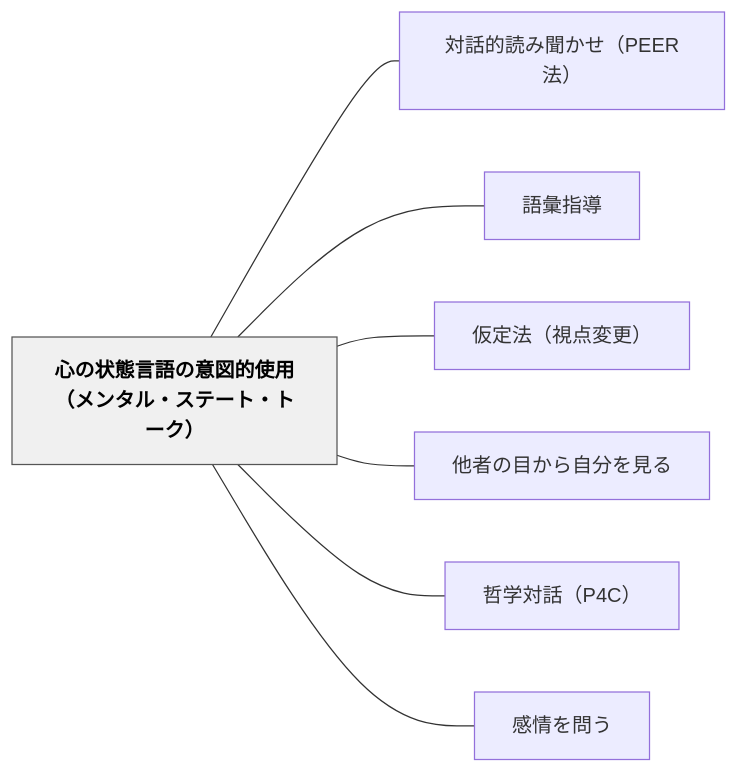
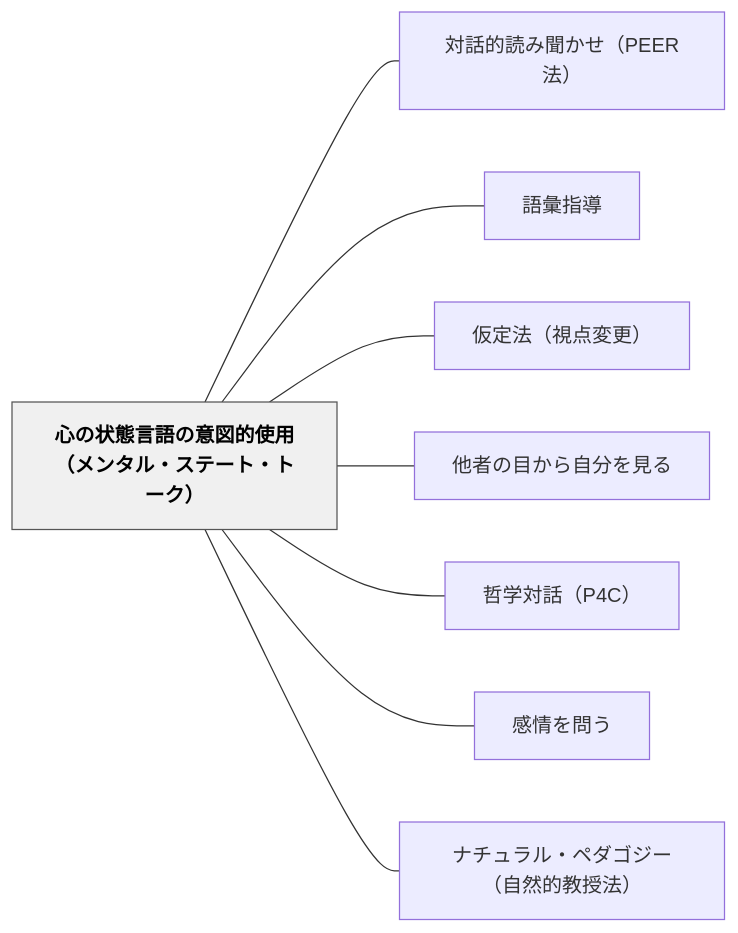
The diagram in content/パタン/心の状態言語の意図的使用（メンタル・ステート・トーク）.md (unknownthings-ed-patterns/unknownthings-ed-patterns), drawn with Mermaid before and after one commit. The commit also changed other lines of this file and 5 other files, not shown here.

````diff
--- a/content/パタン/心の状態言語の意図的使用（メンタル・ステート・トーク）.md
+++ b/content/パタン/心の状態言語の意図的使用（メンタル・ステート・トーク）.md
@@ -113,20 +124,22 @@
 ```mermaid
 flowchart LR
     ne5bf83e381aee78ab6e6858be8a880e8aa9ee381aee6848fe59bb3e79a84e4bdbfe794a8efbc88e383a1e383b3e382bfe383abe383bbe382b9e38386e383bce38388e383bbe38388e383bce382afefbc89["心の状態言語の意図的使用（メンタル・ステート・トーク）"]
     ne5afbee8a9b1e79a84e8aaade381bfe8819ee3818be3819befbc8850454552e6b395efbc89["対話的読み聞かせ（PEER法）"]
     ne8aa9ee5bd99e68c87e5b08e["語彙指導"]
     ne4bbaee5ae9ae6b395efbc88e8a696e782b9e5a489e69bb4efbc89["仮定法（視点変更）"]
     ne4bb96e88085e381aee79baee3818be38289e887aae58886e38292e8a68be3828b["他者の目から自分を見る"]
     ne593b2e5ada6e5afbee8a9b1efbc88503443efbc89["哲学対話（P4C）"]
     ne6849fe68385e38292e5958fe38186["感情を問う"]
+    ne3838ae38381e383a5e383a9e383abe383bbe3839ae38380e382b4e382b8e383bcefbc88e887aae784b6e79a84e69599e68e88e6b395efbc89["ナチュラル・ペダゴジー（自然的教授法）"]
 
     ne5bf83e381aee78ab6e6858be8a880e8aa9ee381aee6848fe59bb3e79a84e4bdbfe794a8efbc88e383a1e383b3e382bfe383abe383bbe382b9e38386e383bce38388e383bbe38388e383bce382afefbc89 --- ne5afbee8a9b1e79a84e8aaade381bfe8819ee3818be3819befbc8850454552e6b395efbc89
     ne5bf83e381aee78ab6e6858be8a880e8aa9ee381aee6848fe59bb3e79a84e4bdbfe794a8efbc88e383a1e383b3e382bfe383abe383bbe382b9e38386e383bce38388e383bbe38388e383bce382afefbc89 --- ne8aa9ee5bd99e68c87e5b08e
     ne5bf83e381aee78ab6e6858be8a880e8aa9ee381aee6848fe59bb3e79a84e4bdbfe794a8efbc88e383a1e383b3e382bfe383abe383bbe382b9e38386e383bce38388e383bbe38388e383bce382afefbc89 --- ne4bbaee5ae9ae6b395efbc88e8a696e782b9e5a489e69bb4efbc89
     ne5bf83e381aee78ab6e6858be8a880e8aa9ee381aee6848fe59bb3e79a84e4bdbfe794a8efbc88e383a1e383b3e382bfe383abe383bbe382b9e38386e383bce38388e383bbe38388e383bce382afefbc89 --- ne4bb96e88085e381aee79baee3818be38289e887aae58886e38292e8a68be3828b
     ne5bf83e381aee78ab6e6858be8a880e8aa9ee381aee6848fe59bb3e79a84e4bdbfe794a8efbc88e383a1e383b3e382bfe383abe383bbe382b9e38386e383bce38388e383bbe38388e383bce382afefbc89 --- ne593b2e5ada6e5afbee8a9b1efbc88503443efbc89
     ne5bf83e381aee78ab6e6858be8a880e8aa9ee381aee6848fe59bb3e79a84e4bdbfe794a8efbc88e383a1e383b3e382bfe383abe383bbe382b9e38386e383bce38388e383bbe38388e383bce382afefbc89 --- ne6849fe68385e38292e5958fe38186
+    ne5bf83e381aee78ab6e6858be8a880e8aa9ee381aee6848fe59bb3e79a84e4bdbfe794a8efbc88e383a1e383b3e382bfe383abe383bbe382b9e38386e383bce38388e383bbe38388e383bce382afefbc89 --- ne3838ae38381e383a5e383a9e383abe383bbe3839ae38380e382b4e382b8e383bcefbc88e887aae784b6e79a84e69599e68e88e6b395efbc89
 
     classDef hub fill:#f0f0f0,stroke:#555,color:#000,font-weight:bold
     class ne5bf83e381aee78ab6e6858be8a880e8aa9ee381aee6848fe59bb3e79a84e4bdbfe794a8efbc88e383a1e383b3e382bfe383abe383bbe382b9e38386e383bce38388e383bbe38388e383bce382afefbc89 hub
 ```
````
